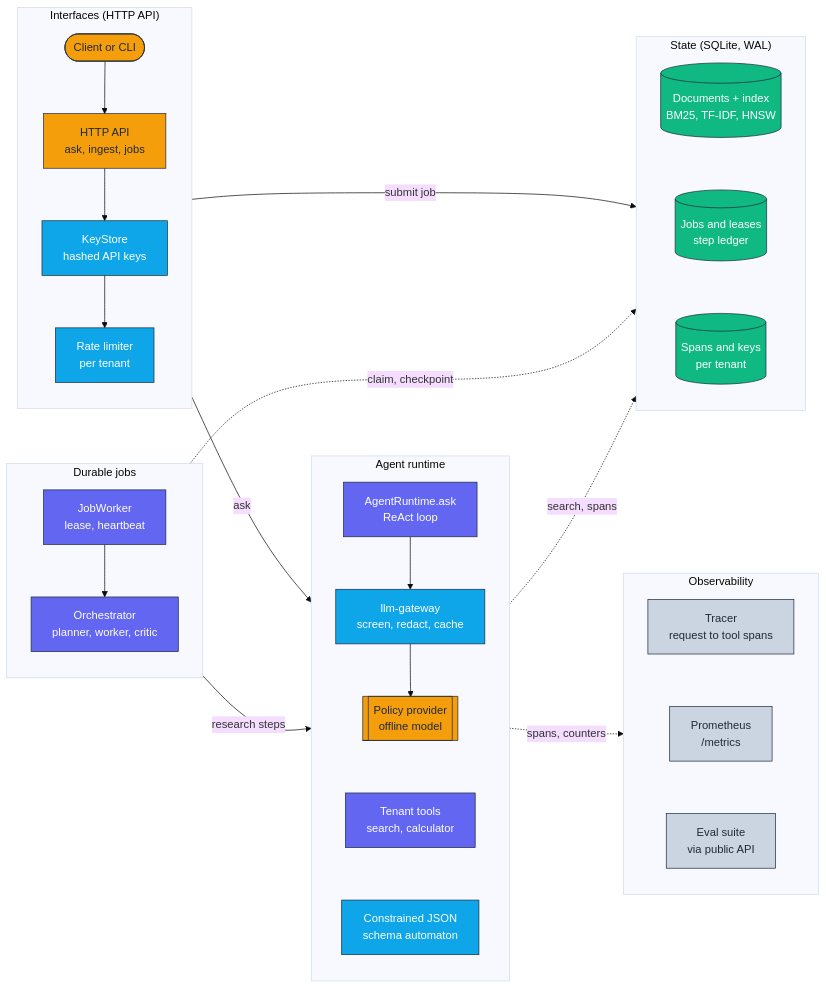
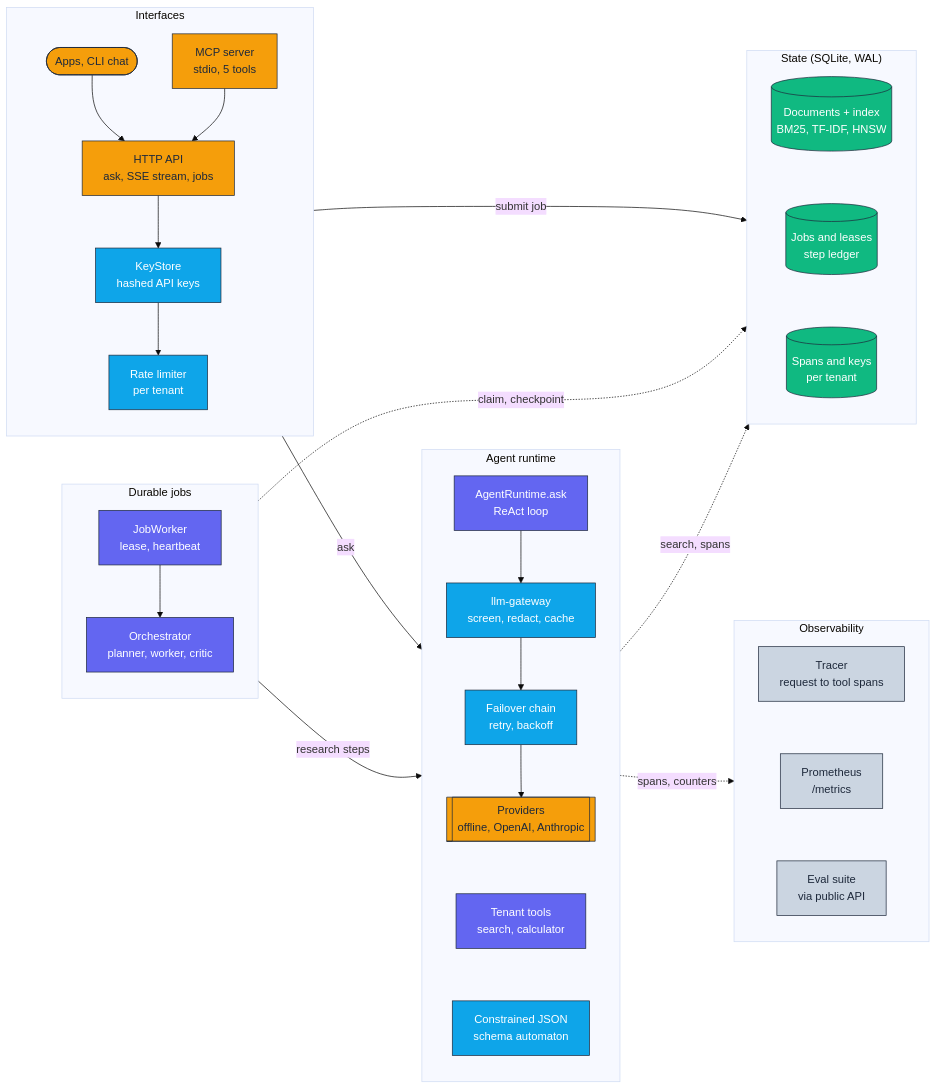
Before and after one commit to adeoluo/agent-platform: the diagram in docs/architecture/architecture.mmd, drawn with Mermaid (base theme). The commit also changed 4 other files, not shown here.

Commit message:
docs: providers, streaming, MCP and chat in README, diagram and agent notes

```diff
--- a/docs/architecture/architecture.mmd
+++ b/docs/architecture/architecture.mmd
@@ -1,55 +1,58 @@
 flowchart LR
     classDef edge     fill:#F59E0B,stroke:#1E293B,color:#1E293B,stroke-width:1px;
     classDef core     fill:#6366F1,stroke:#1E293B,color:#ffffff,stroke-width:1px;
     classDef data     fill:#10B981,stroke:#1E293B,color:#ffffff,stroke-width:1px;
     classDef control  fill:#0EA5E9,stroke:#1E293B,color:#ffffff,stroke-width:1px;
     classDef obs      fill:#CBD5E1,stroke:#1E293B,color:#1E293B,stroke-width:1px;
 
-    subgraph Interfaces["Interfaces (HTTP API)"]
+    subgraph Interfaces["Interfaces"]
         direction TB
-        Client([Client or CLI]):::edge
-        API["HTTP API<br/>ask, ingest, jobs"]:::edge
+        Client([Apps, CLI chat]):::edge
+        MCP["MCP server<br/>stdio, 5 tools"]:::edge
+        API["HTTP API<br/>ask, SSE stream, jobs"]:::edge
         Auth["KeyStore<br/>hashed API keys"]:::control
         Limit["Rate limiter<br/>per tenant"]:::control
-        Client --> API --> Auth --> Limit
+        Client --> API
+        MCP --> API --> Auth --> Limit
     end
 
     subgraph Jobs["Durable jobs"]
         direction TB
         Worker["JobWorker<br/>lease, heartbeat"]:::core
         Orch["Orchestrator<br/>planner, worker, critic"]:::core
         Worker --> Orch
     end
 
     subgraph Runtime["Agent runtime"]
         direction TB
         Agent["AgentRuntime.ask<br/>ReAct loop"]:::core
         Tools["Tenant tools<br/>search, calculator"]:::core
         Gateway["llm-gateway<br/>screen, redact, cache"]:::control
-        Policy[["Policy provider<br/>offline model"]]:::edge
+        Failover["Failover chain<br/>retry, backoff"]:::control
+        Providers[["Providers<br/>offline, OpenAI, Anthropic"]]:::edge
         Structured["Constrained JSON<br/>schema automaton"]:::control
-        Agent --> Gateway --> Policy ~~~ Tools ~~~ Structured
+        Agent --> Gateway --> Failover --> Providers ~~~ Tools ~~~ Structured
     end
 
     subgraph State["State (SQLite, WAL)"]
         direction TB
         Knowledge[("Documents + index<br/>BM25, TF-IDF, HNSW")]:::data
         Ledger[("Jobs and leases<br/>step ledger")]:::data
         Spans[("Spans and keys<br/>per tenant")]:::data
         Knowledge ~~~ Ledger ~~~ Spans
     end
 
     subgraph Obs["Observability"]
         direction TB
         Tracer["Tracer<br/>request to tool spans"]:::obs
         Metrics["Prometheus<br/>/metrics"]:::obs
         Eval["Eval suite<br/>via public API"]:::obs
         Tracer ~~~ Metrics ~~~ Eval
     end
 
     Interfaces -->|ask| Runtime
     Interfaces -->|submit job| State
     Jobs -->|research steps| Runtime
     Jobs -.->|claim, checkpoint| State
     Runtime -.->|search, spans| State
     Runtime -.->|spans, counters| Obs
```
